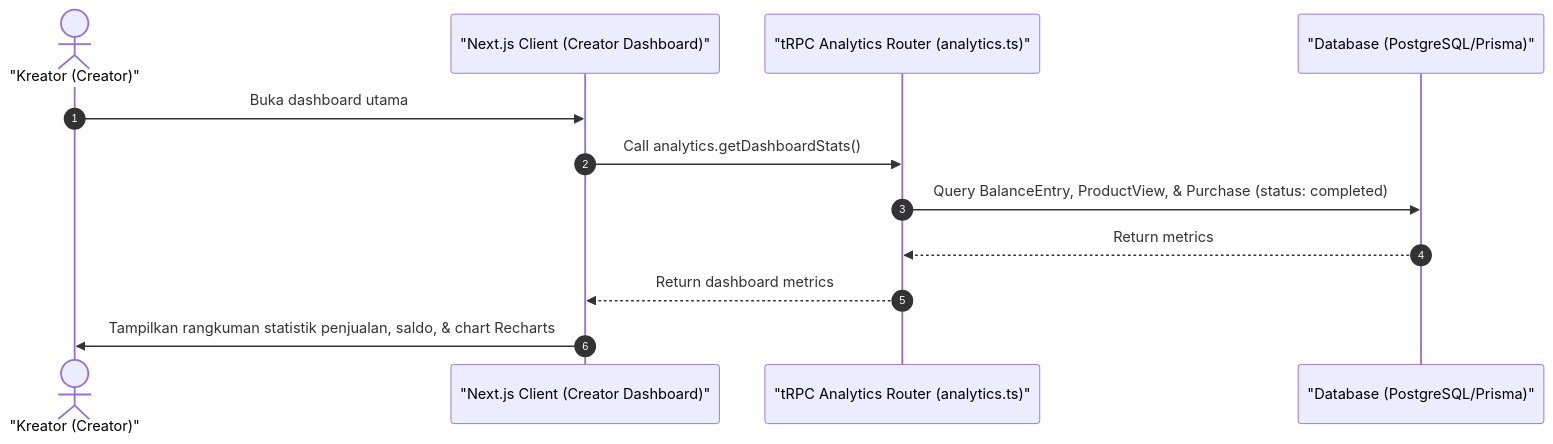
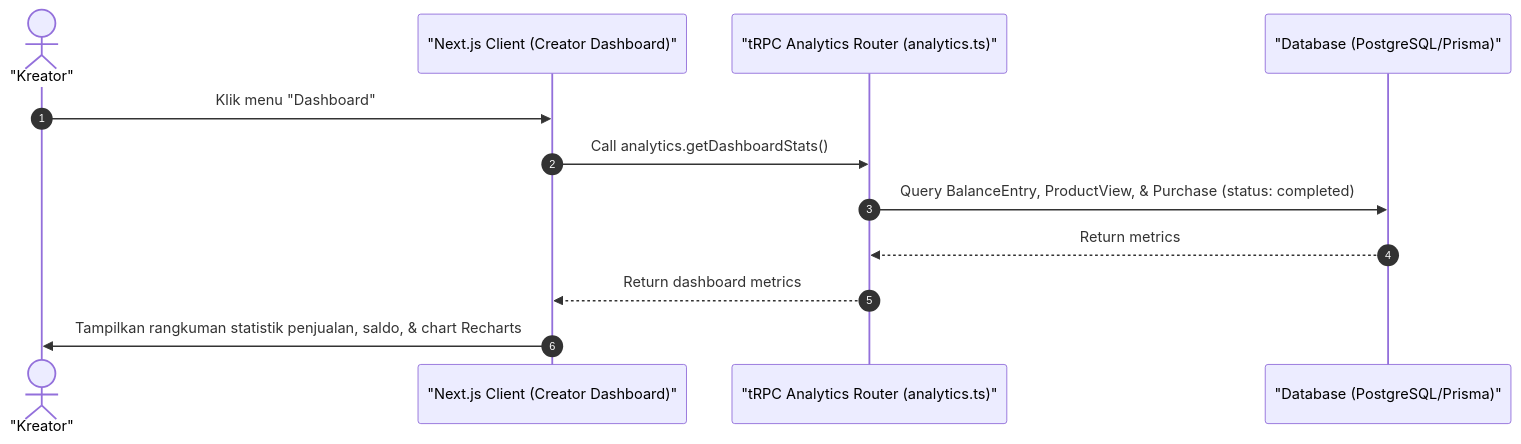
One commit to luputer/CuanIN changed the diagram in docs/16-creator-dashboard.md. Above: the diagram before and after it, drawn with Mermaid. The commit also changed 53 other files, not shown here.

````diff
--- a/docs/16-creator-dashboard.md
+++ b/docs/16-creator-dashboard.md
@@ -5,16 +5,16 @@
 ```mermaid
 sequenceDiagram
     autonumber
-    actor Creator as "Kreator (Creator)"
+    actor Creator as "Kreator"
     participant Client as "Next.js Client (Creator Dashboard)"
     participant Server as "tRPC Analytics Router (analytics.ts)"
     participant DB as "Database (PostgreSQL/Prisma)"
 
-    Creator->>Client: Buka dashboard utama
+    Creator->>Client: Klik menu "Dashboard"
     Client->>Server: Call analytics.getDashboardStats()
     Server->>DB: Query BalanceEntry, ProductView, & Purchase (status: completed)
     DB-->>Server: Return metrics
     Server-->>Client: Return dashboard metrics
     Client->>Creator: Tampilkan rangkuman statistik penjualan, saldo, & chart Recharts
 
 ```
````
